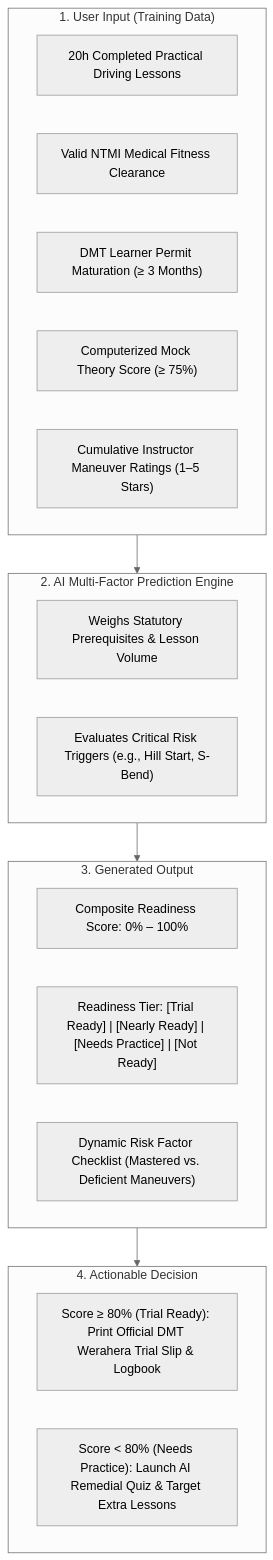
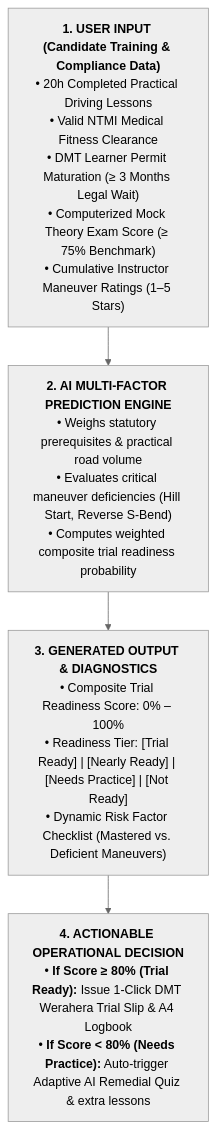
The diagram in docs/Group03_UserManual.md (TrialReady-LK/TrialReady-LK), drawn with Mermaid (neutral theme) before and after one commit.

Commit message:
docs: streamline Mermaid flowchart nodes with text wrapping to prevent label truncation

````diff
--- a/docs/Group03_UserManual.md
+++ b/docs/Group03_UserManual.md
@@ -129,30 +129,14 @@
 ```mermaid
 flowchart TD
-    subgraph Step1["1. User Input (Training Data)"]
-        A1["20h Completed Practical Driving Lessons"]
-        A2["Valid NTMI Medical Fitness Clearance"]
-        A3["DMT Learner Permit Maturation (≥ 3 Months)"]
-        A4["Computerized Mock Theory Score (≥ 75%)"]
-        A5["Cumulative Instructor Maneuver Ratings (1–5 Stars)"]
-    end
+    A["<b>1. USER INPUT (Candidate Training & Compliance Data)</b><br/>• 20h Completed Practical Driving Lessons<br/>• Valid NTMI Medical Fitness Clearance<br/>• DMT Learner Permit Maturation (≥ 3 Months Legal Wait)<br/>• Computerized Mock Theory Exam Score (≥ 75% Benchmark)<br/>• Cumulative Instructor Maneuver Ratings (1–5 Stars)"]
+    
+    B["<b>2. AI MULTI-FACTOR PREDICTION ENGINE</b><br/>• Weighs statutory prerequisites & practical road volume<br/>• Evaluates critical maneuver deficiencies (Hill Start, Reverse S-Bend)<br/>• Computes weighted composite trial readiness probability"]
+    
+    C["<b>3. GENERATED OUTPUT & DIAGNOSTICS</b><br/>• Composite Trial Readiness Score: 0% – 100%<br/>• Readiness Tier: [Trial Ready] | [Nearly Ready] | [Needs Practice] | [Not Ready]<br/>• Dynamic Risk Factor Checklist (Mastered vs. Deficient Maneuvers)"]
+    
+    D["<b>4. ACTIONABLE OPERATIONAL DECISION</b><br/>• <b>If Score ≥ 80% (Trial Ready):</b> Issue 1-Click DMT Werahera Trial Slip & A4 Logbook<br/>• <b>If Score &lt; 80% (Needs Practice):</b> Auto-trigger Adaptive AI Remedial Quiz & extra lessons"]
 
-    subgraph Step2["2. AI Multi-Factor Prediction Engine"]
-        B1["Weighs Statutory Prerequisites & Lesson Volume"]
-        B2["Evaluates Critical Risk Triggers (e.g., Hill Start, S-Bend)"]
-    end
-
-    subgraph Step3["3. Generated Output"]
-        C1["Composite Readiness Score: 0% – 100%"]
-        C2["Readiness Tier: [Trial Ready] | [Nearly Ready] | [Needs Practice] | [Not Ready]"]
-        C3["Dynamic Risk Factor Checklist (Mastered vs. Deficient Maneuvers)"]
-    end
-
-    subgraph Step4["4. Actionable Decision"]
-        D1["Score ≥ 80% (Trial Ready): Print Official DMT Werahera Trial Slip & Logbook"]
-        D2["Score < 80% (Needs Practice): Launch AI Remedial Quiz & Target Extra Lessons"]
-    end
-
-    Step1 --> Step2
-    Step2 --> Step3
-    Step3 --> Step4
+    A --> B
+    B --> C
+    C --> D
 ```
````
